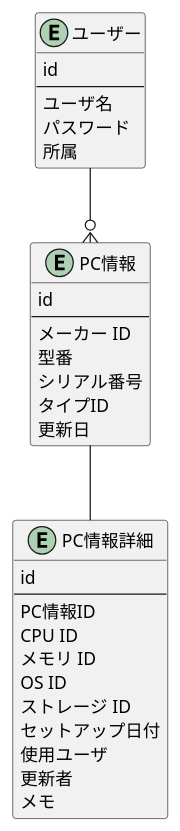
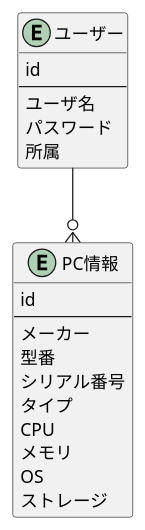
One commit to moto-sbt/express-api changed the diagram in documents/er.pu. Above: the diagram before and after it, drawn with PlantUML.

Commit message:
feat: er図作成 phase 1(#17)

```diff
--- a/documents/er.pu
+++ b/documents/er.pu
@@ -1,41 +1,29 @@
 @startuml test_er
 ' Entity01 }|..|| Entity02
 ' Entity03 }o..o| Entity04
 ' Entity05 ||--o{ Entity06
 ' Entity07 |o--|| Entity08
 
 entity "ユーザー" as user {
   id
   --
   ユーザ名
   パスワード
   所属
 }
 
 entity "PC情報" as pc_info {
   id
   --
-  メーカー ID
+  メーカー
   型番
   シリアル番号
-  タイプID
-  更新日
-}
-
-entity "PC情報詳細" as pc_info_detail {
-  id
-  --
-  PC情報ID
-  CPU ID
-  メモリ ID
-  OS ID
-  ストレージ ID
-  セットアップ日付
-  使用ユーザ
-  更新者
-  メモ
+  タイプ
+  CPU
+  メモリ
+  OS
+  ストレージ
 }
 
 user --o{ pc_info
-pc_info -- pc_info_detail
 @enduml
```
